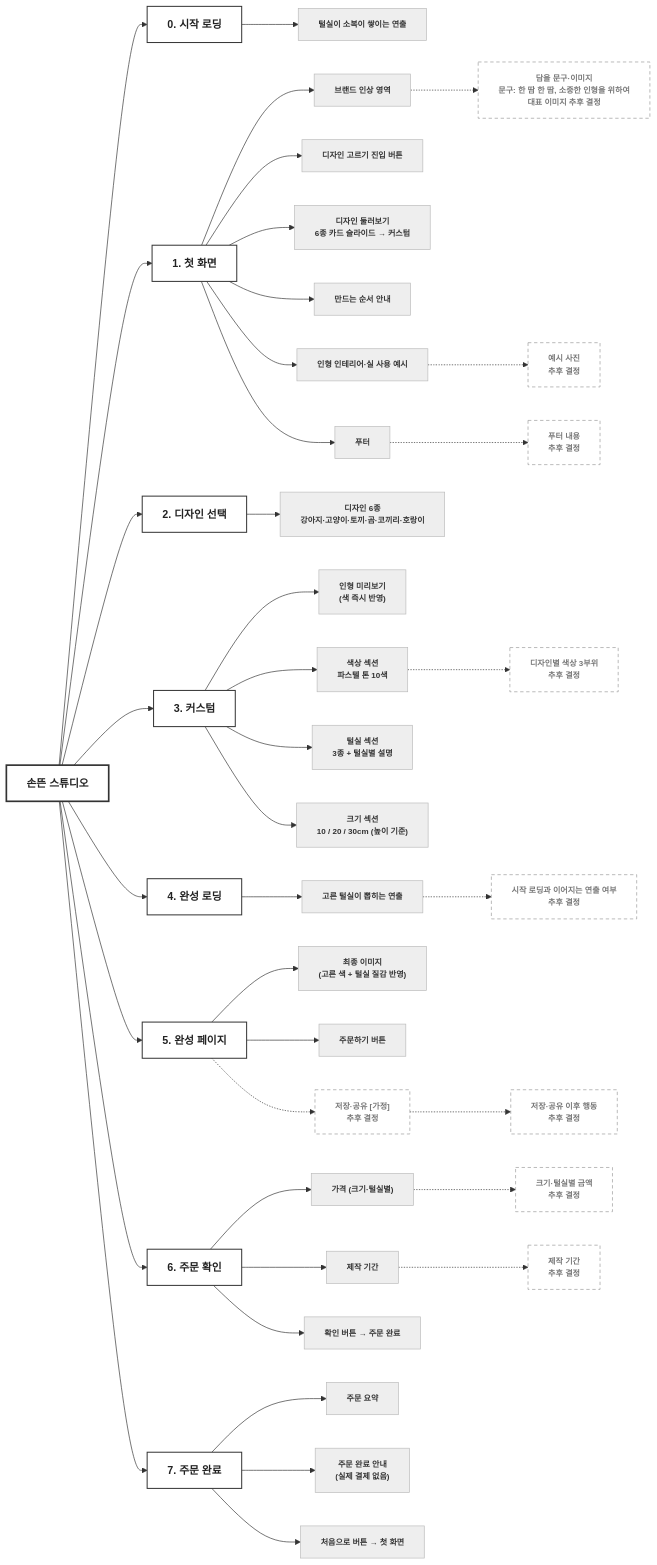
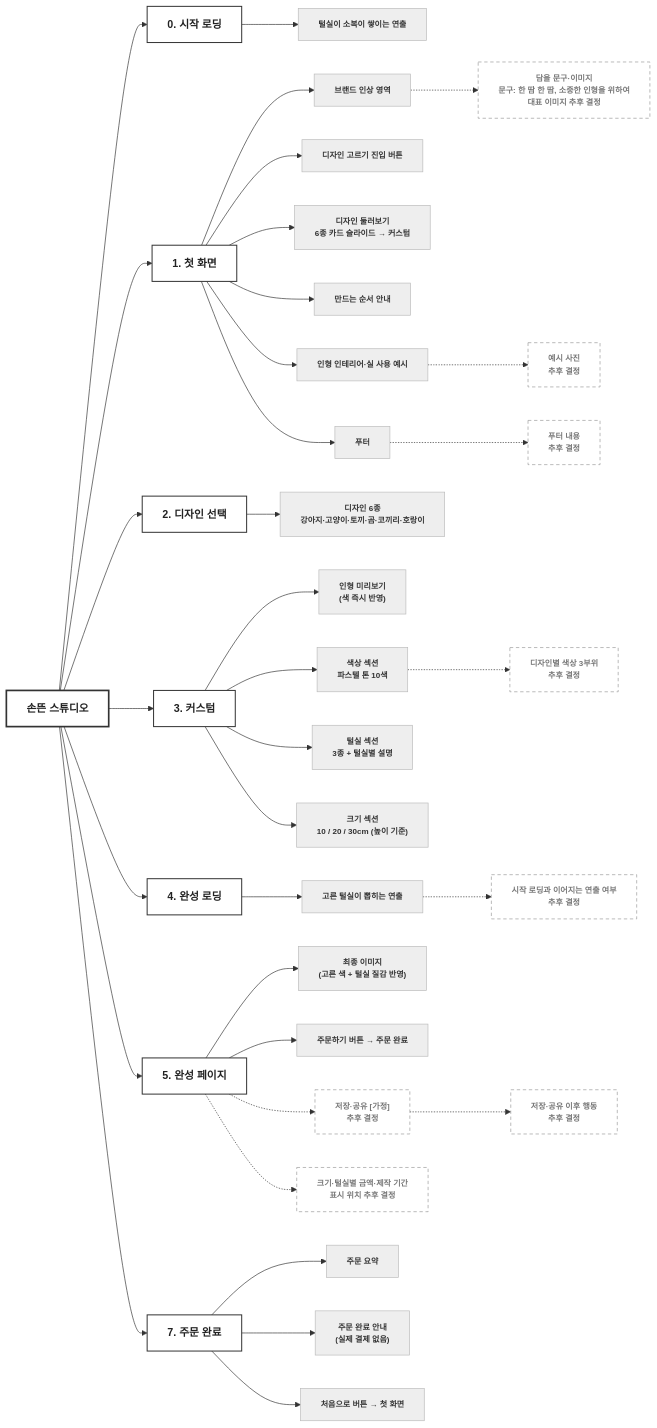
Before and after one commit to uuu9ohc-prog/my-shop: the diagram in docs/03-site-map.md, drawn with Mermaid. The commit also changed other lines of this file and 11 other files, not shown here.

````diff
--- a/docs/03-site-map.md
+++ b/docs/03-site-map.md
@@ -22,61 +22,56 @@
 ```mermaid
 flowchart LR
     ROOT["손뜬 스튜디오"]
 
     ROOT --> P0["0. 시작 로딩"]
     ROOT --> P1["1. 첫 화면"]
     ROOT --> P2["2. 디자인 선택"]
     ROOT --> P3["3. 커스텀"]
     ROOT --> P4["4. 완성 로딩"]
     ROOT --> P5["5. 완성 페이지"]
-    ROOT --> P6["6. 주문 확인"]
     ROOT --> P7["7. 주문 완료"]
 
     P0 --> S01["털실이 소복이 쌓이는 연출"]
 
     P1 --> S11["브랜드 인상 영역"]
     P1 --> S12["디자인 고르기 진입 버튼"]
     P1 --> S16["디자인 둘러보기<br/>6종 카드 슬라이드 → 커스텀"]
     P1 --> S13["만드는 순서 안내"]
     P1 --> S14["인형 인테리어·실 사용 예시"]
     P1 --> S15["푸터"]
     S11 -.-> U11["담을 문구·이미지<br/>문구: 한 땀 한 땀, 소중한 인형을 위하여<br/>대표 이미지 추후 결정"]
     S14 -.-> U14["예시 사진<br/>추후 결정"]
     S15 -.-> U15["푸터 내용<br/>추후 결정"]
 
     P2 --> S21["디자인 6종<br/>강아지·고양이·토끼·곰·코끼리·호랑이"]
 
     P3 --> S31["인형 미리보기<br/>(색 즉시 반영)"]
     P3 --> S32["색상 섹션<br/>파스텔 톤 10색"]
     P3 --> S33["털실 섹션<br/>3종 + 털실별 설명"]
     P3 --> S34["크기 섹션<br/>10 / 20 / 30cm (높이 기준)"]
     S32 -.-> U31["디자인별 색상 3부위<br/>추후 결정"]
 
     P4 --> S41["고른 털실이 뽑히는 연출"]
     S41 -.-> U41["시작 로딩과 이어지는 연출 여부<br/>추후 결정"]
 
     P5 --> S51["최종 이미지<br/>(고른 색 + 털실 질감 반영)"]
-    P5 --> S52["주문하기 버튼"]
+    P5 --> S52["주문하기 버튼 → 주문 완료"]
     P5 -.-> U51["저장·공유 [가정]<br/>추후 결정"]
     U51 -.-> U52["저장·공유 이후 행동<br/>추후 결정"]
 
-    P6 --> S61["가격 (크기·털실별)"]
-    P6 --> S62["제작 기간"]
-    P6 --> S63["확인 버튼 → 주문 완료"]
-    S61 -.-> U61["크기·털실별 금액<br/>추후 결정"]
-    S62 -.-> U62["제작 기간<br/>추후 결정"]
+    P5 -.-> U61["크기·털실별 금액·제작 기간<br/>표시 위치 추후 결정"]
 
     P7 --> S71["주문 요약"]
     P7 --> S72["주문 완료 안내<br/>(실제 결제 없음)"]
     P7 --> S73["처음으로 버튼 → 첫 화면"]
 
     classDef page fill:#ffffff,stroke:#333333,stroke-width:1.5px,color:#222222;
     classDef section fill:#eeeeee,stroke:#bbbbbb,stroke-width:1px,color:#333333,font-size:12px;
     classDef tbd fill:#ffffff,stroke:#999999,stroke-width:1px,stroke-dasharray:5 4,color:#777777,font-size:12px;
     classDef root fill:#ffffff,stroke:#333333,stroke-width:2.5px,color:#222222,font-weight:bold;
 
     class ROOT root;
-    class P0,P1,P2,P3,P4,P5,P6,P7 page;
-    class S01,S11,S12,S13,S14,S15,S16,S21,S31,S32,S33,S34,S41,S51,S52,S61,S62,S63,S71,S72,S73 section;
-    class U11,U14,U15,U31,U41,U51,U52,U61,U62 tbd;
+    class P0,P1,P2,P3,P4,P5,P7 page;
+    class S01,S11,S12,S13,S14,S15,S16,S21,S31,S32,S33,S34,S41,S51,S52,S71,S72,S73 section;
+    class U11,U14,U15,U31,U41,U51,U52,U61 tbd;
 ```
````
